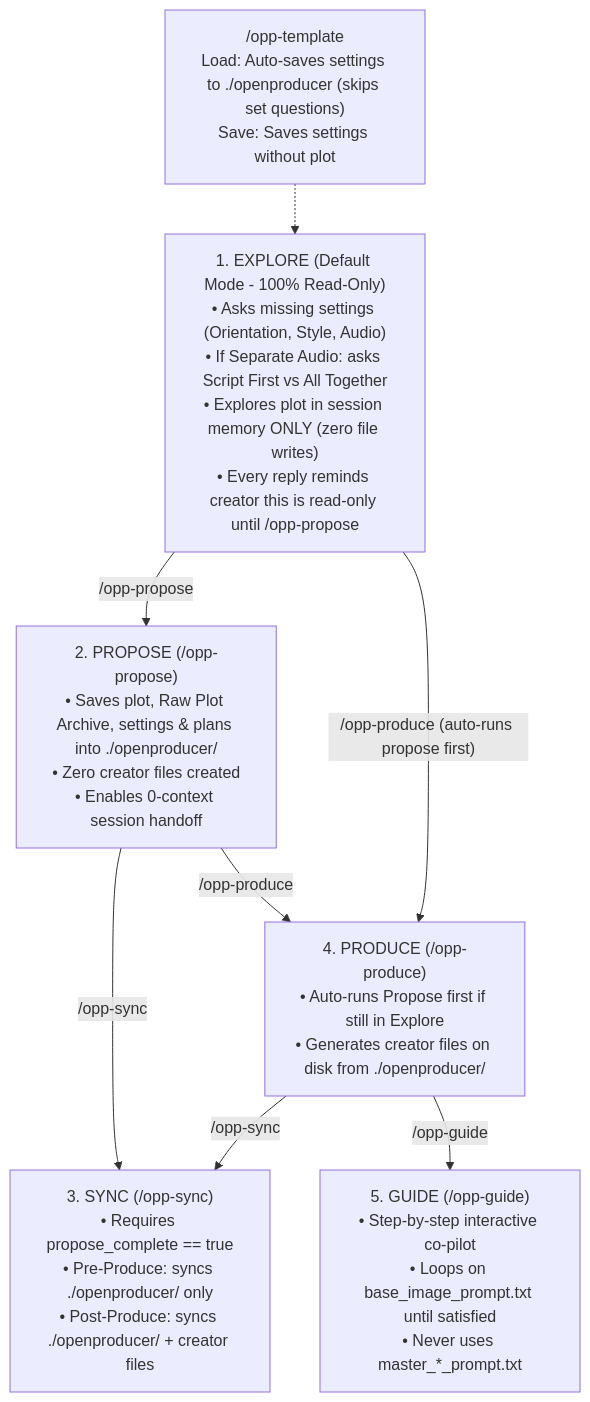
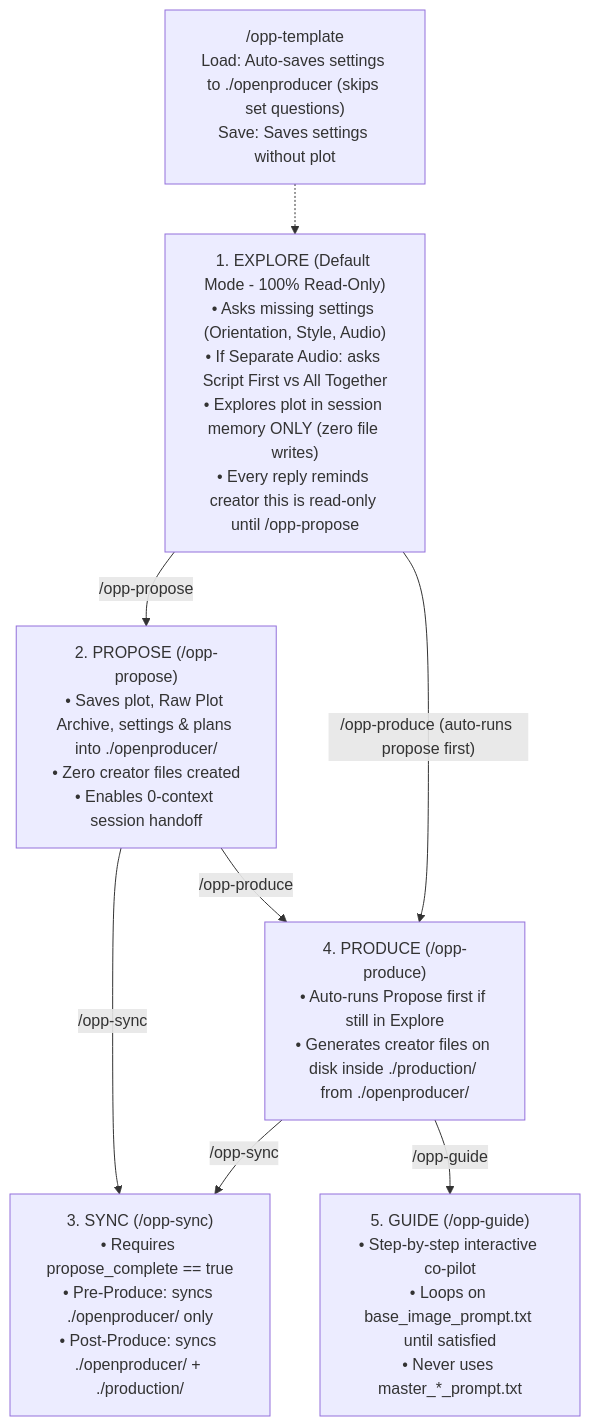
The diagram in production_template/AGENTS.md (TheProjectsX/openproducer), drawn with Mermaid before and after one commit. The commit also changed other lines of this file and 103 other files, not shown here.

````diff
--- a/production_template/AGENTS.md
+++ b/production_template/AGENTS.md
@@ -70,16 +88,16 @@
 ```mermaid
 flowchart TD
     T["/opp-template<br/>Load: Auto-saves settings to ./openproducer (skips set questions)<br/>Save: Saves settings without plot"] -.-> E
     E["1. EXPLORE (Default Mode - 100% Read-Only)<br/>• Asks missing settings (Orientation, Style, Audio)<br/>• If Separate Audio: asks Script First vs All Together<br/>• Explores plot in session memory ONLY (zero file writes)<br/>• Every reply reminds creator this is read-only until /opp-propose"]
     P["2. PROPOSE (/opp-propose)<br/>• Saves plot, Raw Plot Archive, settings & plans into ./openproducer/<br/>• Zero creator files created<br/>• Enables 0-context session handoff"]
-    S["3. SYNC (/opp-sync)<br/>• Requires propose_complete == true<br/>• Pre-Produce: syncs ./openproducer/ only<br/>• Post-Produce: syncs ./openproducer/ + creator files"]
-    PR["4. PRODUCE (/opp-produce)<br/>• Auto-runs Propose first if still in Explore<br/>• Generates creator files on disk from ./openproducer/"]
+    S["3. SYNC (/opp-sync)<br/>• Requires propose_complete == true<br/>• Pre-Produce: syncs ./openproducer/ only<br/>• Post-Produce: syncs ./openproducer/ + ./production/"]
+    PR["4. PRODUCE (/opp-produce)<br/>• Auto-runs Propose first if still in Explore<br/>• Generates creator files on disk inside ./production/ from ./openproducer/"]
     G["5. GUIDE (/opp-guide)<br/>• Step-by-step interactive co-pilot<br/>• Loops on base_image_prompt.txt until satisfied<br/>• Never uses master_*_prompt.txt"]
 
     E -->|"/opp-propose"| P
     E -->|"/opp-produce (auto-runs propose first)"| PR
     P -->|"/opp-sync"| S
     P -->|"/opp-produce"| PR
     PR -->|"/opp-sync"| S
     PR -->|"/opp-guide"| G
 ```
````
